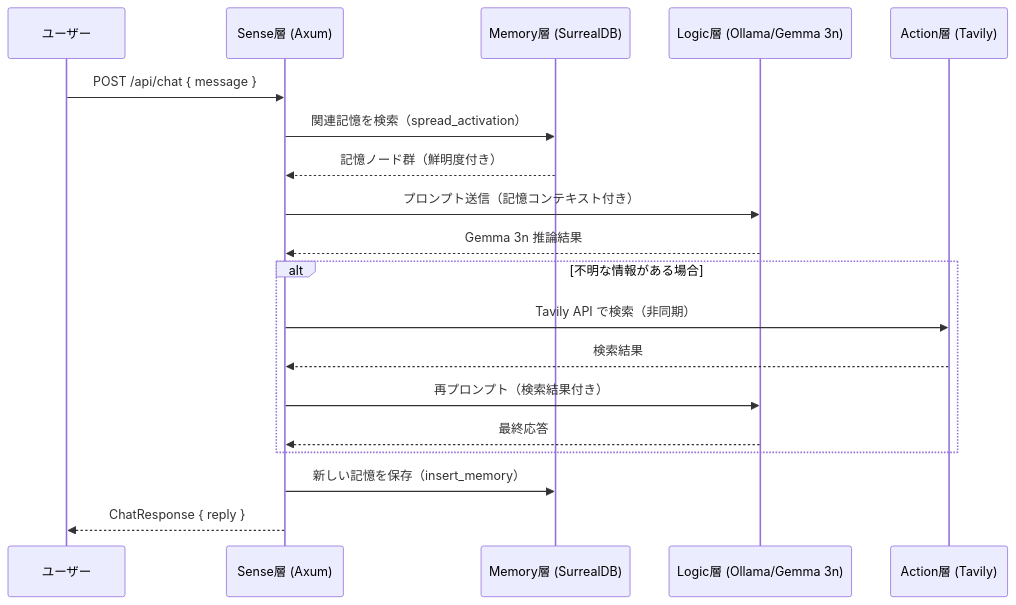
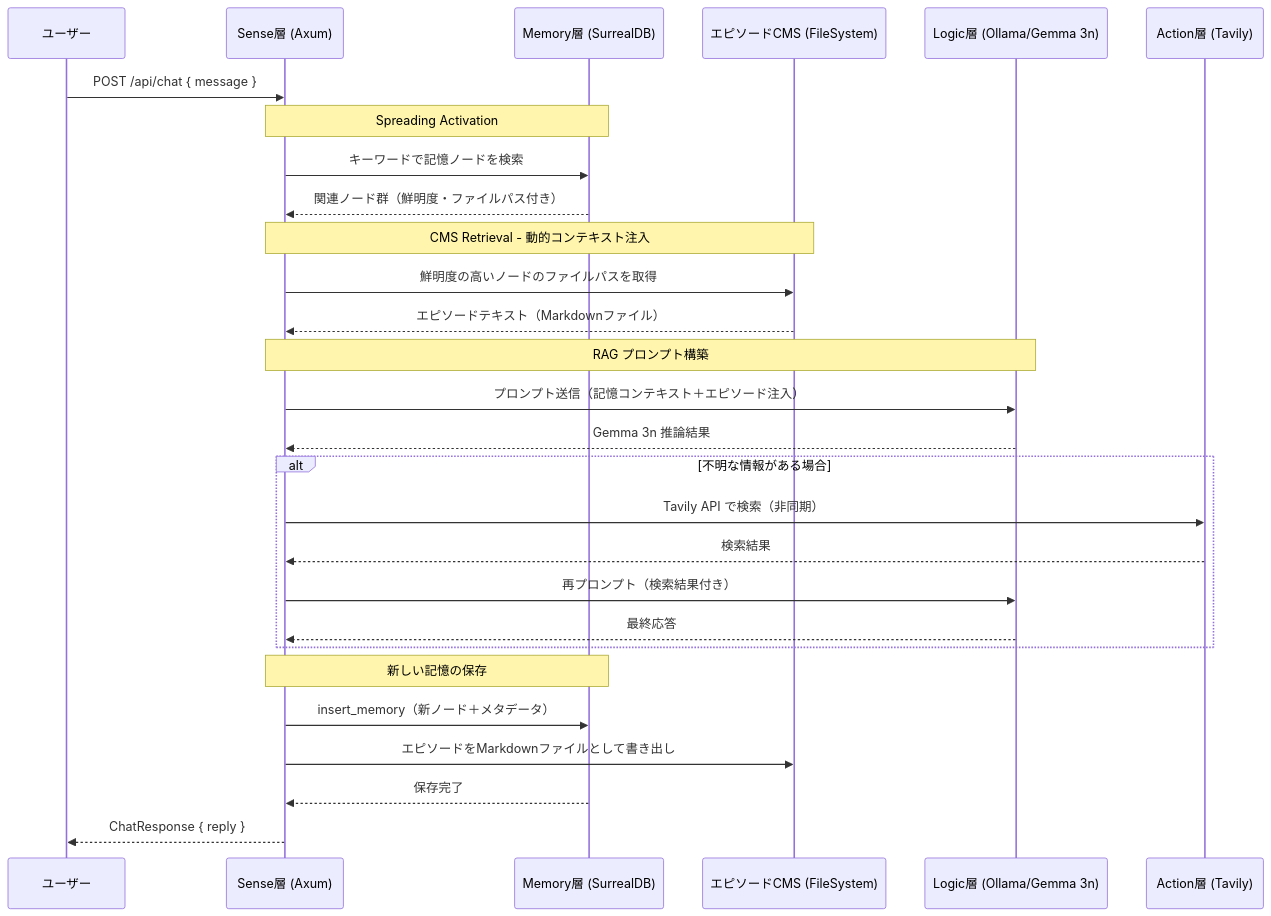
One commit to rhsmz/iris changed the diagram in .gemini/docs/diagrams/sequence_chat_flow.md. Above: the diagram before and after it, drawn with Mermaid. The commit also changed other lines of this file and 3 other files, not shown here.

Commit message:
feat: Add initial architecture documentation, sequence diagrams, and update tasks.

````diff
--- a/.gemini/docs/diagrams/sequence_chat_flow.md
+++ b/.gemini/docs/diagrams/sequence_chat_flow.md
@@ -8,26 +9,37 @@
 ```mermaid
 sequenceDiagram
     participant User as ユーザー
     participant Axum as Sense層 (Axum)
     participant Memory as Memory層 (SurrealDB)
+    participant FS as エピソードCMS (FileSystem)
     participant Logic as Logic層 (Ollama/Gemma 3n)
     participant Action as Action層 (Tavily)
 
     User->>Axum: POST /api/chat { message }
 
-    Axum->>Memory: 関連記憶を検索（spread_activation）
-    Memory-->>Axum: 記憶ノード群（鮮明度付き）
+    Note over Axum,Memory: Spreading Activation
+    Axum->>Memory: キーワードで記憶ノードを検索
+    Memory-->>Axum: 関連ノード群（鮮明度・ファイルパス付き）
 
-    Axum->>Logic: プロンプト送信（記憶コンテキスト付き）
+    Note over Axum,FS: CMS Retrieval - 動的コンテキスト注入
+    Axum->>FS: 鮮明度の高いノードのファイルパスを取得
+    FS-->>Axum: エピソードテキスト（Markdownファイル）
+
+    Note over Axum,Logic: RAG プロンプト構築
+    Axum->>Logic: プロンプト送信（記憶コンテキスト＋エピソード注入）
     Logic-->>Axum: Gemma 3n 推論結果
 
     alt 不明な情報がある場合
         Axum->>Action: Tavily API で検索（非同期）
         Action-->>Axum: 検索結果
         Axum->>Logic: 再プロンプト（検索結果付き）
         Logic-->>Axum: 最終応答
     end
 
-    Axum->>Memory: 新しい記憶を保存（insert_memory）
+    Note over Axum,Memory: 新しい記憶の保存
+    Axum->>Memory: insert_memory（新ノード＋メタデータ）
+    Axum->>FS: エピソードをMarkdownファイルとして書き出し
+    Memory-->>Axum: 保存完了
+
     Axum-->>User: ChatResponse { reply }
 ```
````
